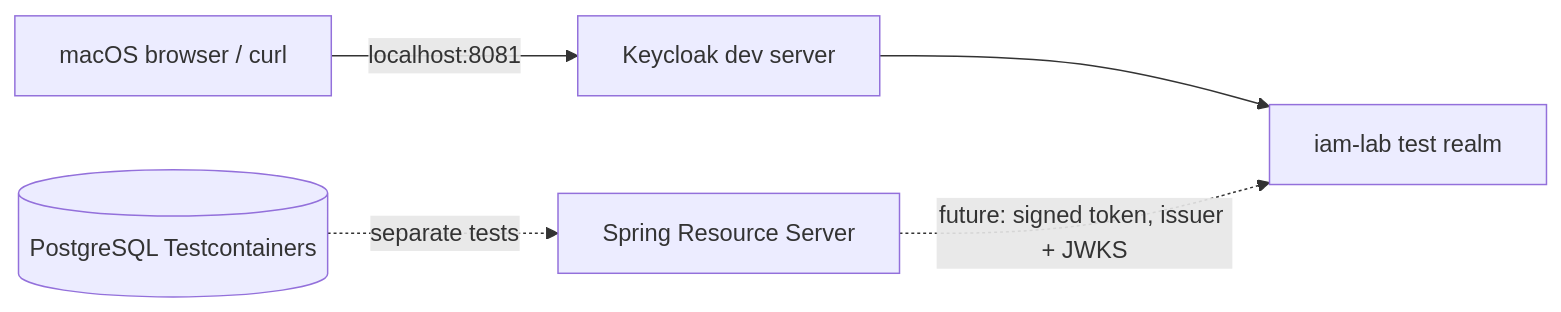
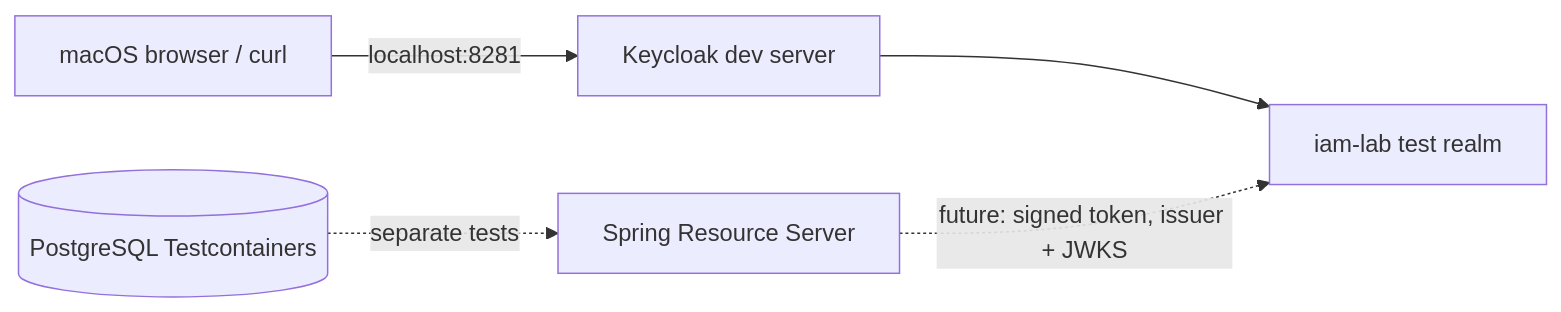
The diagram in docs/milestones/01c-1-local-keycloak-metadata-lab.md (asambataiden/enterprise-identity-access-platform), drawn with Mermaid before and after one commit. The commit also changed other lines of this file, not shown here.

Commit message:
fix(keycloak): isolate IAM lab on localhost 8281 and align configuration

````diff
--- a/docs/milestones/01c-1-local-keycloak-metadata-lab.md
+++ b/docs/milestones/01c-1-local-keycloak-metadata-lab.md
@@ -9,7 +9,7 @@
 ```mermaid
 flowchart LR
-    Developer[macOS browser / curl] -->|"localhost:8081"| KC[Keycloak dev server]
+    Developer[macOS browser / curl] -->|"localhost:8281"| KC[Keycloak dev server]
     KC --> Realm[iam-lab test realm]
     API[Spring Resource Server] -.->|"future: signed token, issuer + JWKS"| Realm
     DB[(PostgreSQL Testcontainers)] -.->|"separate tests"| API
 ```
````
